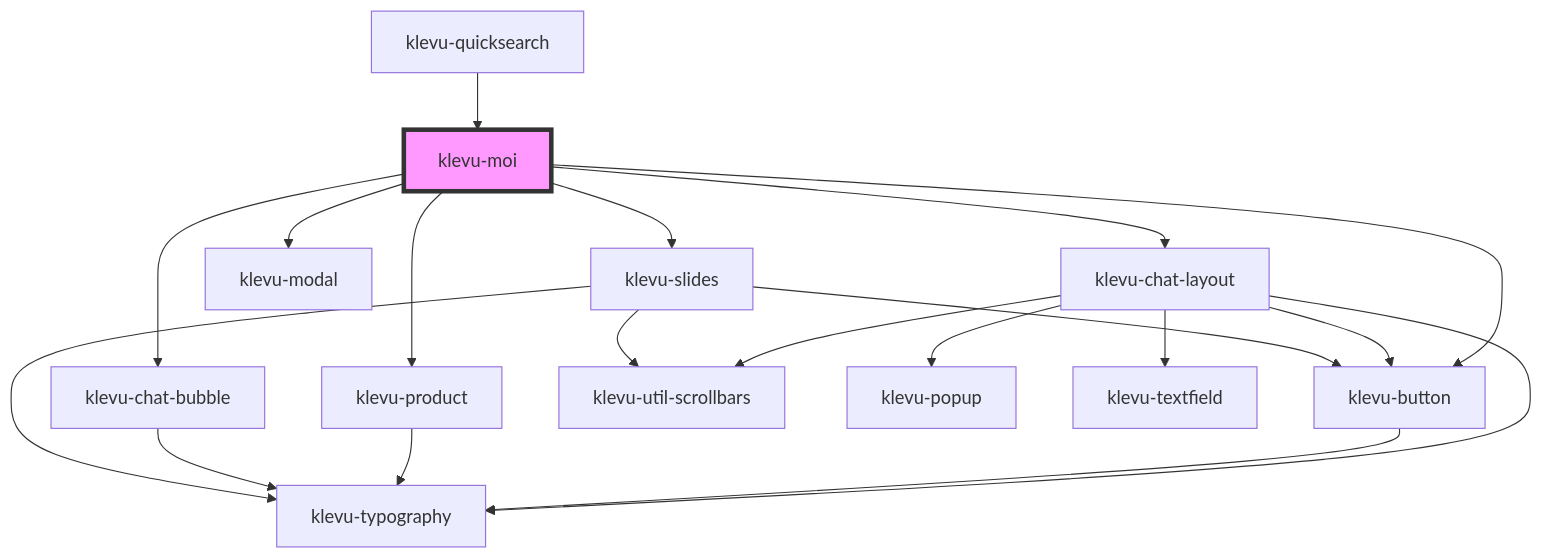
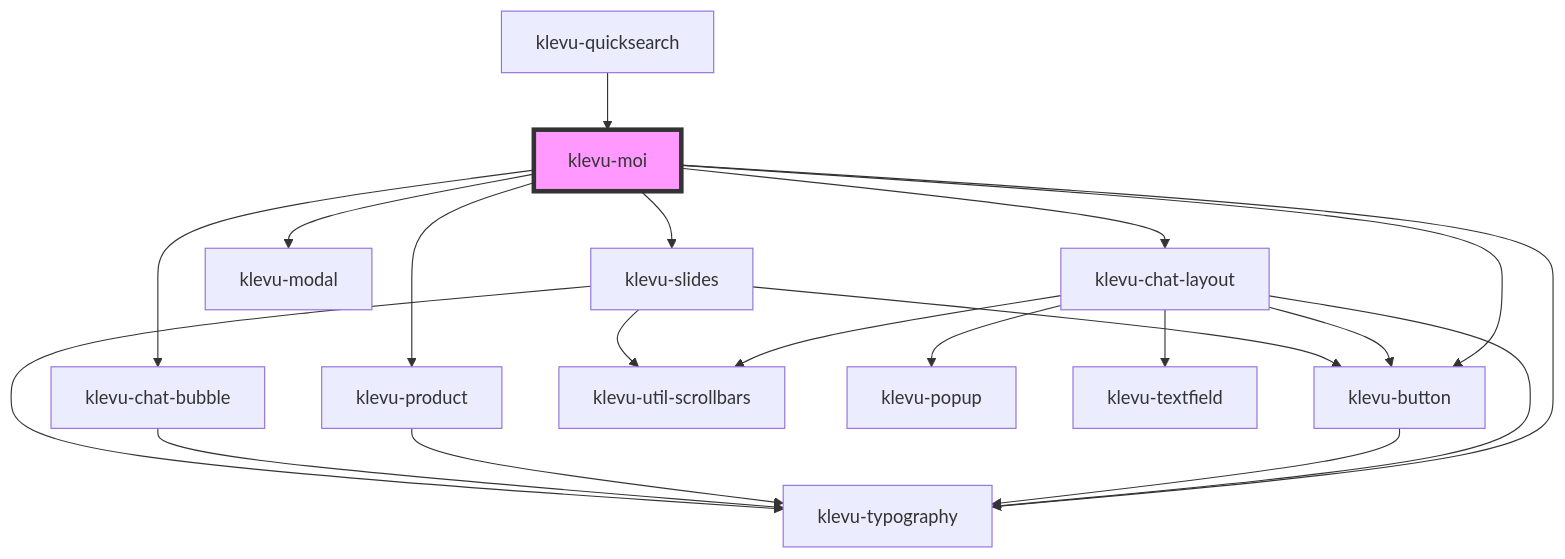
One commit to klevultd/frontend-sdk changed the diagram in packages/klevu-ui/src/components/klevu-moi/readme.md. Above: the diagram before and after it, drawn with Mermaid. The commit also changed other lines of this file and 7 other files, not shown here.

````diff
--- a/packages/klevu-ui/src/components/klevu-moi/readme.md
+++ b/packages/klevu-ui/src/components/klevu-moi/readme.md
@@ -35,22 +36,23 @@
 ```mermaid
 graph TD;
   klevu-moi --> klevu-chat-layout
   klevu-moi --> klevu-button
   klevu-moi --> klevu-modal
   klevu-moi --> klevu-product
   klevu-moi --> klevu-chat-bubble
+  klevu-moi --> klevu-typography
   klevu-moi --> klevu-slides
   klevu-chat-layout --> klevu-typography
   klevu-chat-layout --> klevu-button
   klevu-chat-layout --> klevu-util-scrollbars
   klevu-chat-layout --> klevu-popup
   klevu-chat-layout --> klevu-textfield
   klevu-button --> klevu-typography
   klevu-product --> klevu-typography
   klevu-chat-bubble --> klevu-typography
   klevu-slides --> klevu-typography
   klevu-slides --> klevu-button
   klevu-slides --> klevu-util-scrollbars
   klevu-quicksearch --> klevu-moi
   style klevu-moi fill:#f9f,stroke:#333,stroke-width:4px
 ```
````
